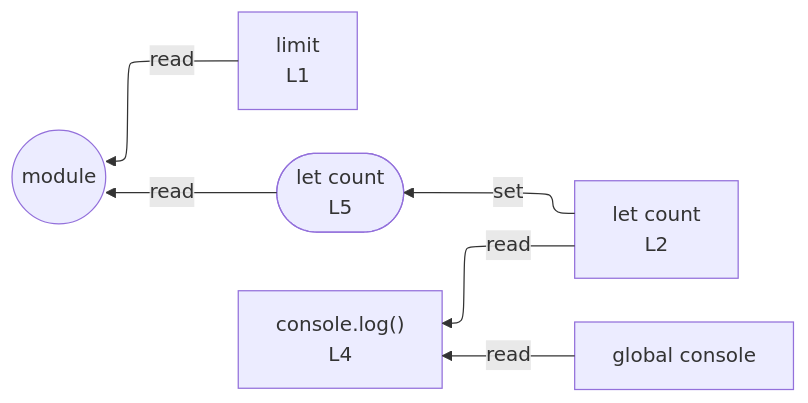
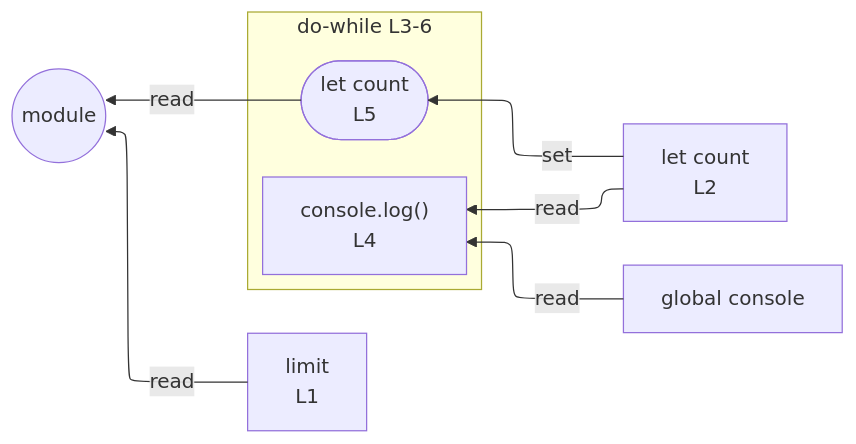
Before and after one commit to crescware/unsnarl: the diagram in integration/fixtures/do-while-condition-misclassification/preview.md, drawn with Mermaid. The commit also changed 16 other files, not shown here.

````diff
--- a/integration/fixtures/do-while-condition-misclassification/preview.md
+++ b/integration/fixtures/do-while-condition-misclassification/preview.md
@@ -16,15 +16,18 @@
 ```mermaid
 %%{init: {"flowchart": {"defaultRenderer": "elk"}}}%%
 flowchart RL
   n_scope_0_limit_6["limit<br/>L1"]
   n_scope_0_count_22["let count<br/>L2"]
   n_scope_0_console_40["global console"]
-  wr_ref_2(["let count<br/>L5"])
+  subgraph s_scope_1["do-while L3-6"]
+    direction RL
+    wr_ref_2(["let count<br/>L5"])
+    expr_stmt_40["console.log()<br/>L4"]
+  end
   n_scope_0_count_22 -->|set| wr_ref_2
   n_scope_0_console_40 -->|read| expr_stmt_40
   n_scope_0_count_22 -->|read| expr_stmt_40
   wr_ref_2 -->|read| module_root
   n_scope_0_limit_6 -->|read| module_root
-  expr_stmt_40["console.log()<br/>L4"]
   module_root((module))
 ```
````
